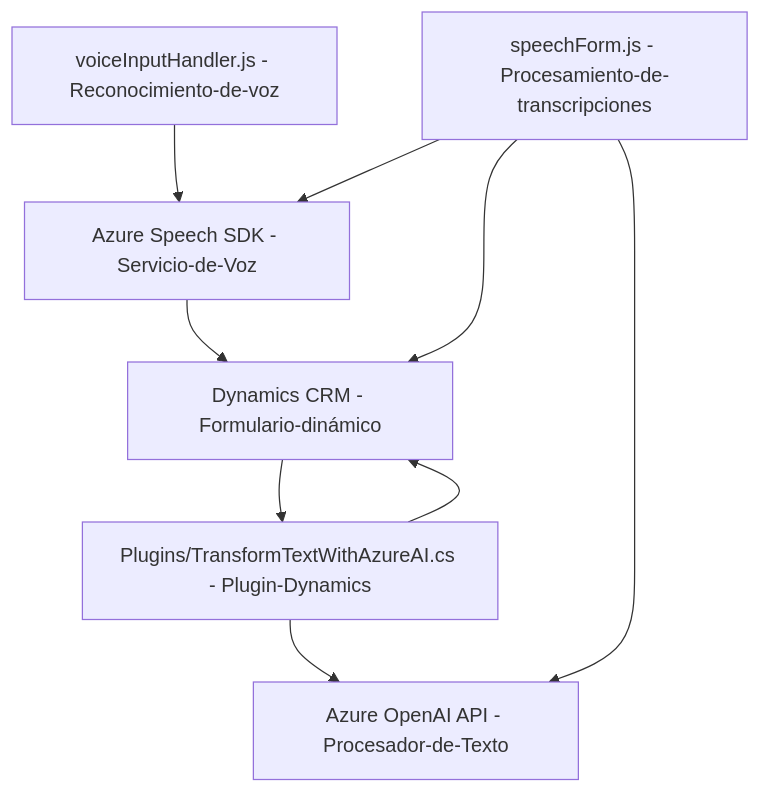
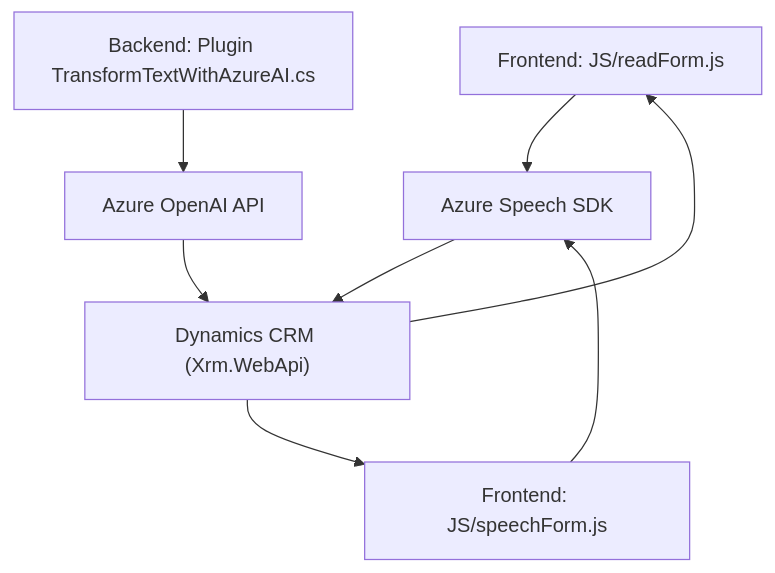
Before and after one commit to blopezdm/NETCORE_BILBAO2025: the diagram in README.md, drawn with Mermaid. The commit also changed other lines of this file, not shown here.

````diff
--- a/README.md
+++ b/README.md
@@ -48,18 +37,17 @@
 ```mermaid
 graph TD
-  A["voiceInputHandler.js - Reconocimiento-de-voz"]
-  B["speechForm.js - Procesamiento-de-transcripciones"]
-  C["Azure Speech SDK - Servicio-de-Voz"]
-  D["Plugins/TransformTextWithAzureAI.cs - Plugin-Dynamics"]
-  E["Azure OpenAI API - Procesador-de-Texto"]
-  F["Dynamics CRM - Formulario-dinámico"]
+    A["Frontend: JS/readForm.js"]
+    B["Frontend: JS/speechForm.js"]
+    C["Backend: Plugin TransformTextWithAzureAI.cs"]
+    D["Azure Speech SDK"]
+    E["Azure OpenAI API"]
+    F["Dynamics CRM (Xrm.WebApi)"]
 
-  A --> C
-  B --> C
-  C --> F
-  B --> F
-  B --> E
-  D --> E
-  D --> F
-  F --> D
+    A --> D
+    B --> D
+    C --> E
+    D --> F
+    E --> F
+    F --> A
+    F --> B
 ```
````
